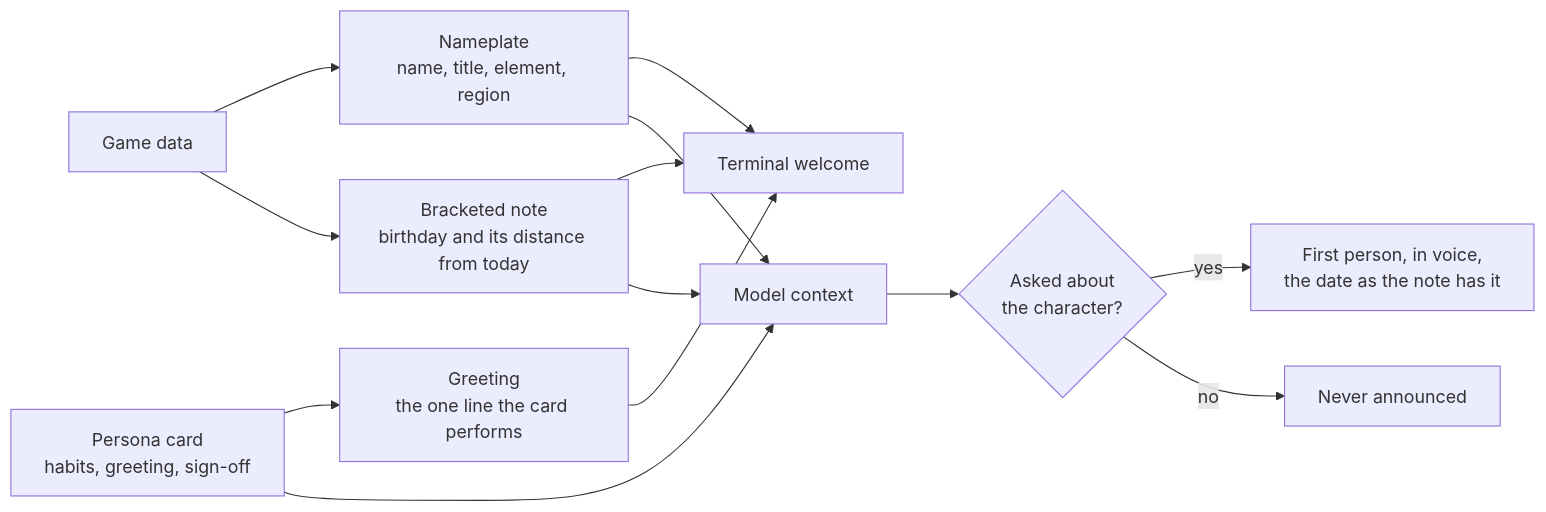
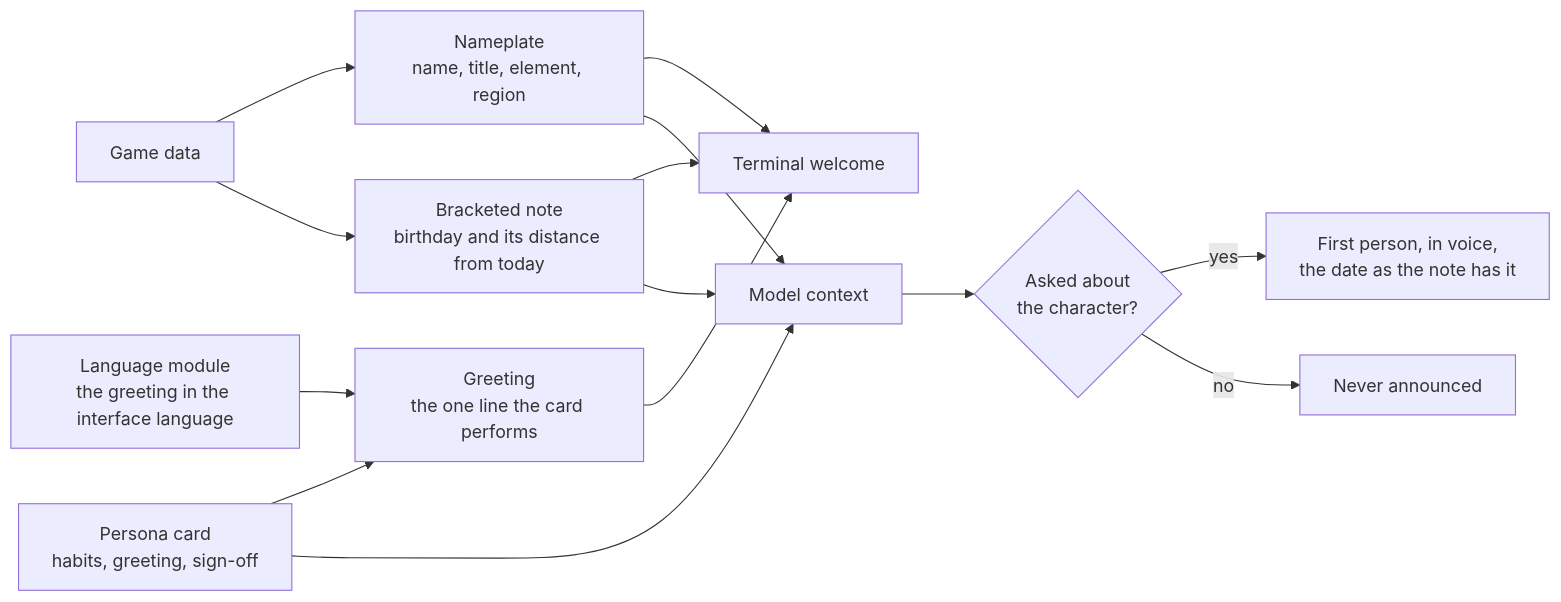
One commit to Esposter/Esposter changed the fourth of 6 diagrams in apps/web/content/docs/infra/claude-interface/persona-plugin.md. Above: the diagram before and after it, drawn with Mermaid. The commit also changed other lines of this file and 24 other files, not shown here.

````diff
--- a/apps/web/content/docs/infra/claude-interface/persona-plugin.md
+++ b/apps/web/content/docs/infra/claude-interface/persona-plugin.md
@@ -152,23 +152,25 @@
 ```mermaid
 flowchart LR
     Data["Game data"]
     PersonaCard["Persona card<br/>habits, greeting, sign-off"]
     Headline["Nameplate<br/>name, title, element, region"]
     Note["Bracketed note<br/>birthday and its distance from today"]
+    Language["Language module<br/>the greeting in the interface language"]
     Greeting["Greeting<br/>the one line the card performs"]
     Terminal["Terminal welcome"]
     Context["Model context"]
     Asked{Asked about<br/>the character?}
     Answer["First person, in voice,<br/>the date as the note has it"]
     Silent["Never announced"]
 
     Data --> Headline --> Terminal
     Data --> Note --> Terminal
     PersonaCard --> Greeting --> Terminal
+    Language --> Greeting
     Headline --> Context
     Note --> Context
     PersonaCard --> Context
     Context --> Asked
     Asked -- yes --> Answer
     Asked -- no --> Silent
 ```
````
